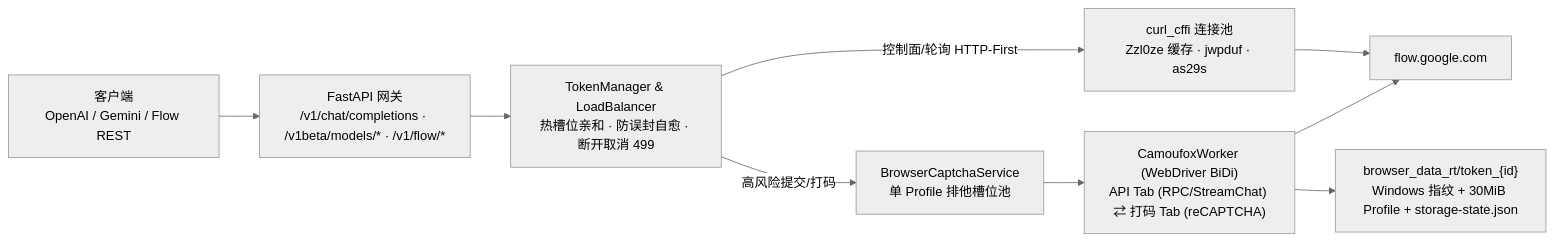
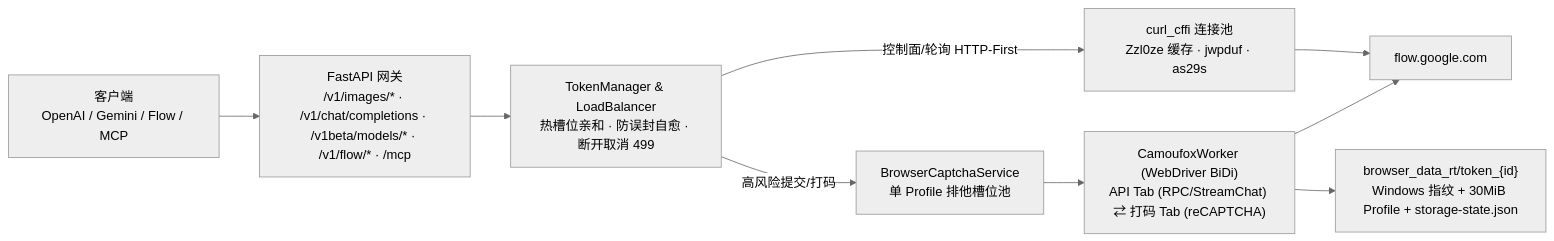
Before and after one commit to jianli9158/flow2api-Camoufox: the diagram in README.md, drawn with Mermaid (neutral theme). The commit also changed other lines of this file and 1 other file, not shown here.

Commit message:
docs: update README and FLOW_API with standard APIs, multi-API-key scoping, and upstream attribution to TheSmallHanCat/flow2api

````diff
--- a/README.md
+++ b/README.md
@@ -28,11 +29,11 @@
 ```mermaid
 flowchart LR
-    Client["客户端<br/>OpenAI / Gemini / Flow REST"] --> API["FastAPI 网关<br/>/v1/chat/completions · /v1beta/models/* · /v1/flow/*"]
+    Client["客户端<br/>OpenAI / Gemini / Flow / MCP"] --> API["FastAPI 网关<br/>/v1/images/* · /v1/chat/completions · /v1beta/models/* · /v1/flow/* · /mcp"]
     API --> Core["TokenManager & LoadBalancer<br/>热槽位亲和 · 防误封自愈 · 断开取消 499"]
     Core -->|控制面/轮询 HTTP-First| HTTP["curl_cffi 连接池<br/>Zzl0ze 缓存 · jwpduf · as29s"]
     Core -->|高风险提交/打码| Pool["BrowserCaptchaService<br/>单 Profile 排他槽位池"]
     Pool --> Worker["CamoufoxWorker (WebDriver BiDi)<br/>API Tab (RPC/StreamChat) ⇄ 打码 Tab (reCAPTCHA)"]
     Worker --> Profile["browser_data_rt/token_{id}<br/>Windows 指纹 + 30MiB Profile + storage-state.json"]
     HTTP --> Flow["flow.google.com"]
     Worker --> Flow
 ```
````
